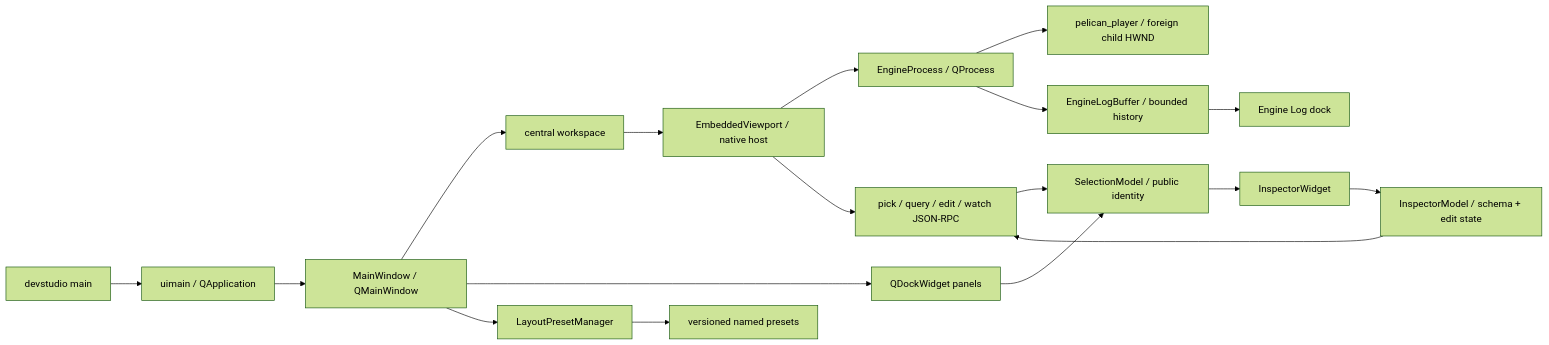
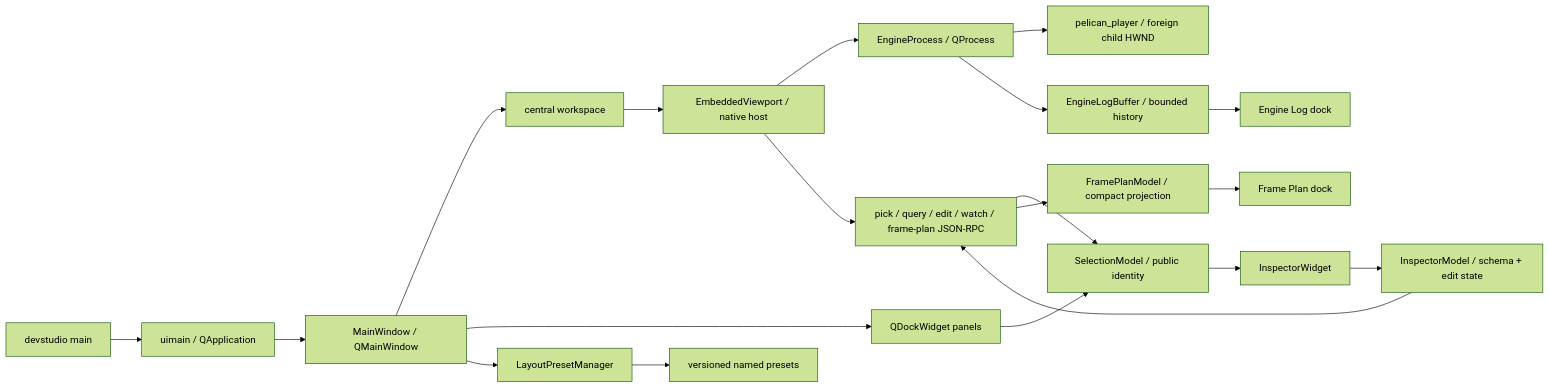
One commit to pelican-games/peligraph changed the diagram in docs/source-code-guide/07_tools_rpc_tests.md. Above: the diagram before and after it, drawn with Mermaid (forest theme). The commit also changed other lines of this file and 16 other files, not shown here.

First line of the commit message:
feat(devstudio): show the frame plan in a panel

````diff
--- a/docs/source-code-guide/07_tools_rpc_tests.md
+++ b/docs/source-code-guide/07_tools_rpc_tests.md
@@ -176,20 +176,22 @@
 ```mermaid
 flowchart LR
     Main["devstudio main"] --> UI["uimain / QApplication"]
     UI --> Window["MainWindow / QMainWindow"]
     Window --> Workspace["central workspace"]
     Workspace --> Viewport["EmbeddedViewport / native host"]
     Viewport --> Process["EngineProcess / QProcess"]
     Process --> Player["pelican_player / foreign child HWND"]
-    Viewport --> Rpc["pick / query / edit / watch JSON-RPC"]
+    Viewport --> Rpc["pick / query / edit / watch / frame-plan JSON-RPC"]
     Rpc --> Selection["SelectionModel / public identity"]
     Docks --> Selection
     Selection --> Inspector["InspectorWidget"]
     Inspector --> InspectorModel["InspectorModel / schema + edit state"]
     InspectorModel --> Rpc
     Process --> LogBuffer["EngineLogBuffer / bounded history"]
     LogBuffer --> LogDock["Engine Log dock"]
+    Rpc --> PlanModel["FramePlanModel / compact projection"]
+    PlanModel --> PlanDock["Frame Plan dock"]
     Window --> Docks["QDockWidget panels"]
     Window --> Layout["LayoutPresetManager"]
     Layout --> Files["versioned named presets"]
 ```
````
